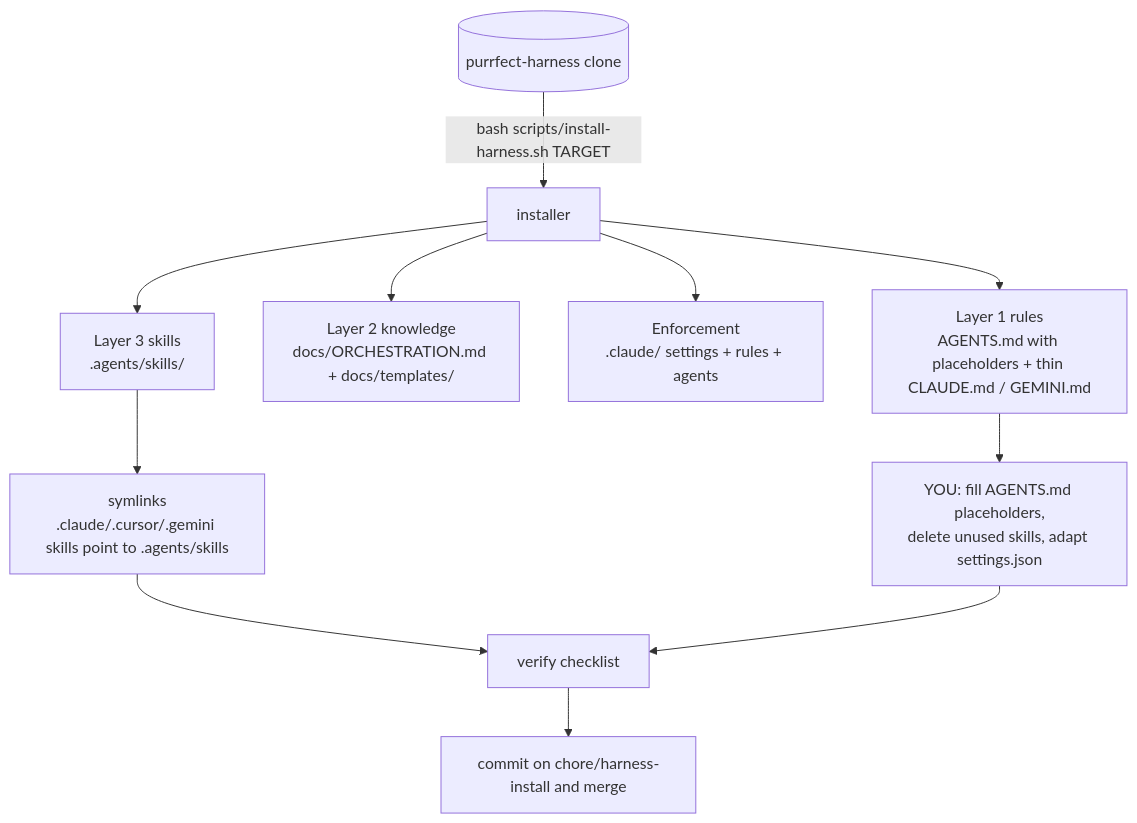
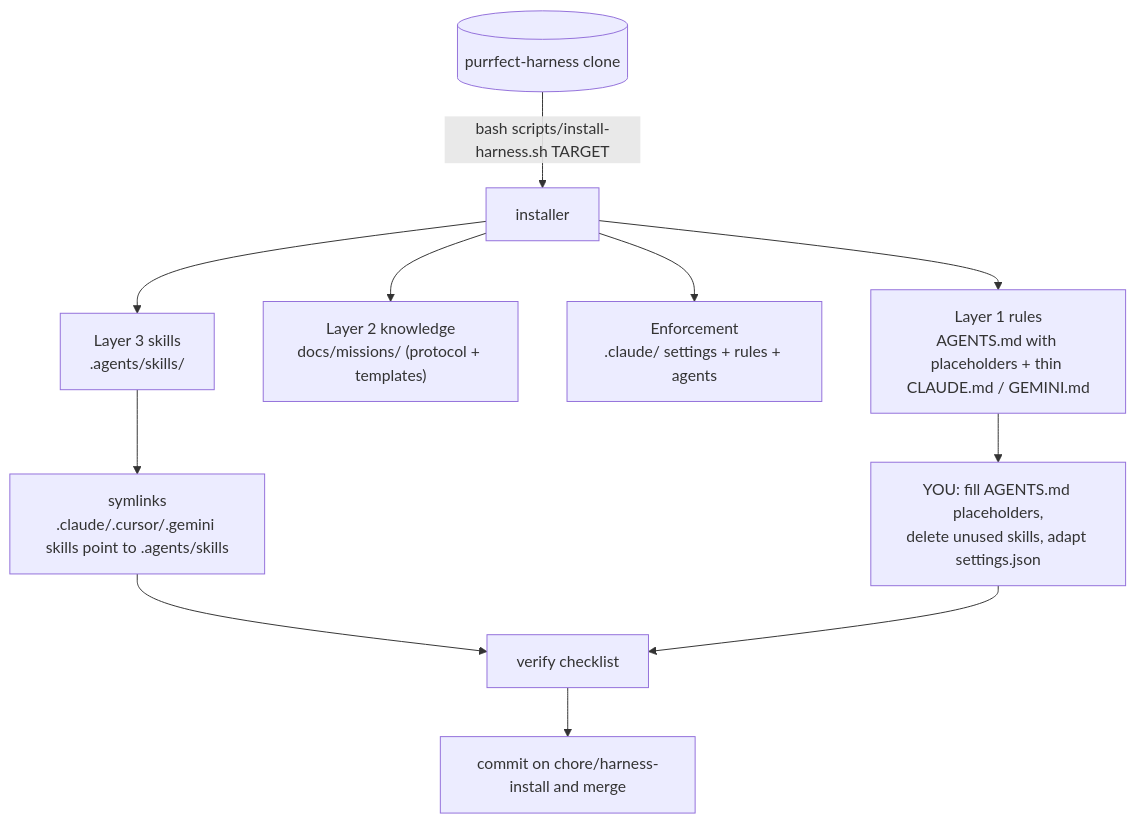
The first of 4 diagrams in README.md (hashorva/purrfect-harness), drawn with Mermaid before and after one commit. The commit also changed other lines of this file and 25 other files, not shown here.

````diff
--- a/README.md
+++ b/README.md
@@ -55,13 +55,13 @@
 ```mermaid
 flowchart TD
   H[("purrfect-harness clone")] -->|"bash scripts/install-harness.sh TARGET"| I["installer"]
   I --> P1["Layer 3 skills<br/>.agents/skills/"]
-  I --> P2["Layer 2 knowledge<br/>docs/ORCHESTRATION.md + docs/templates/"]
+  I --> P2["Layer 2 knowledge<br/>docs/missions/ (protocol + templates)"]
   I --> P3["Enforcement<br/>.claude/ settings + rules + agents"]
   I --> P4["Layer 1 rules<br/>AGENTS.md with placeholders + thin CLAUDE.md / GEMINI.md"]
   P1 --> SYM["symlinks<br/>.claude/.cursor/.gemini skills point to .agents/skills"]
   P4 --> YOU["YOU: fill AGENTS.md placeholders,<br/>delete unused skills, adapt settings.json"]
   SYM --> V["verify checklist"]
   YOU --> V
   V --> C["commit on chore/harness-install and merge"]
 ```
````
